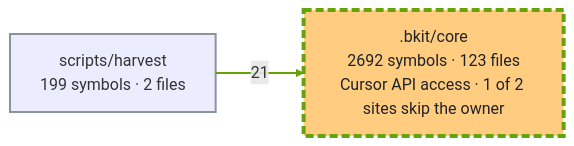
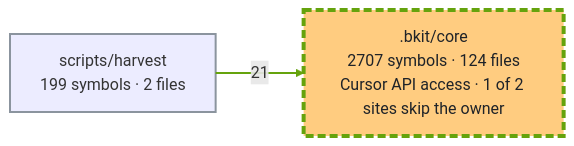
Before and after one commit to cbartens/bkit: the first of 2 diagrams in docs/capabilities.md, drawn with Mermaid. The commit also changed other lines of this file, not shown here.

````diff
--- a/docs/capabilities.md
+++ b/docs/capabilities.md
@@ -169,16 +150,16 @@
 ```mermaid
 ---
 config:
   layout: elk
   flowchart:
     useMaxWidth: false
 ---
 flowchart LR
-  %% Generated by bkit-graphify-rollup.py from 7755d0085b8fbb9e2ffdcd49e89eebfaad6894fd — do not edit
-  n_bkit_core[".bkit/core<br/>2692 symbols · 123 files<br/>Cursor API access · 1 of 2 sites skip the owner"]
+  %% Generated by bkit-graphify-rollup.py from f9789e64a0c48d5c0a315cddd64d4f2e54cca000 — do not edit
+  n_bkit_core[".bkit/core<br/>2707 symbols · 124 files<br/>Cursor API access · 1 of 2 sites skip the owner"]
   nscripts_harvest["scripts/harvest<br/>199 symbols · 2 files"]
   nscripts_harvest -->|21| n_bkit_core
   style n_bkit_core stroke:#65a30d,stroke-width:4px,stroke-dasharray:8 4,fill:#ffcc80,color:#1f2328
   style nscripts_harvest stroke:#8b949e,stroke-width:2px
   linkStyle 0 stroke:#65a30d,stroke-width:2px
 ```
````
